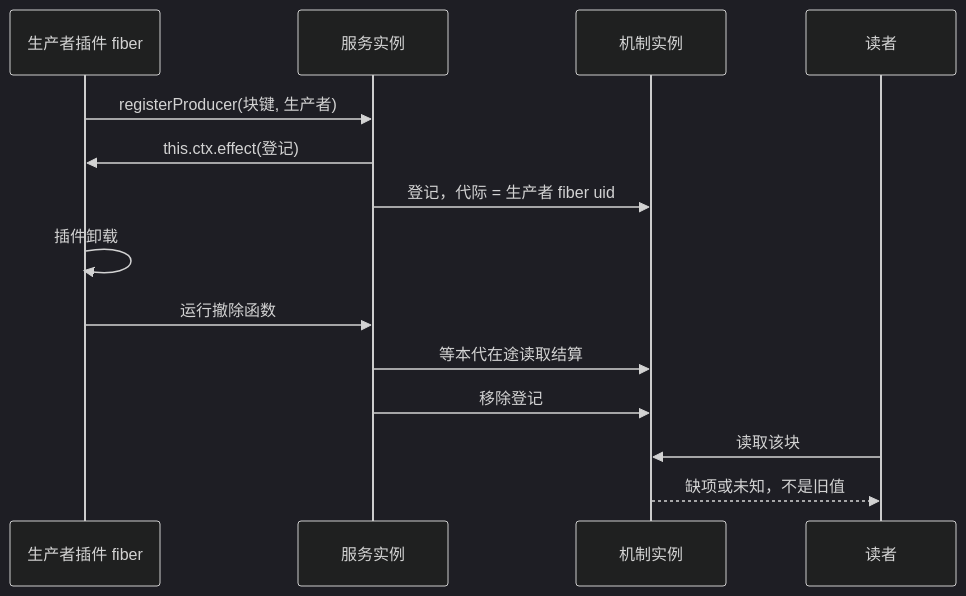
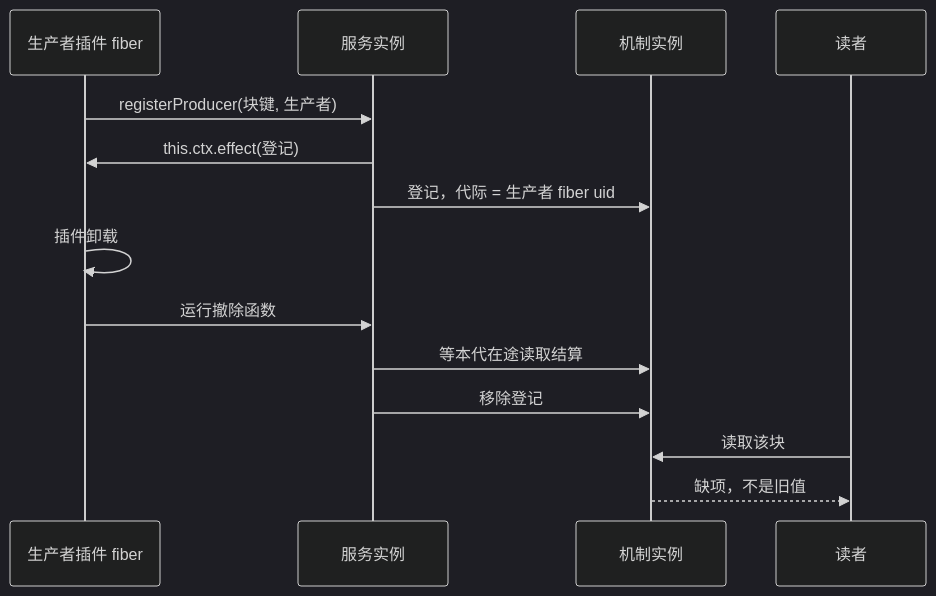
Before and after one commit to nemori-ai/omne-harness-lite: the second of 3 diagrams in packages/context/runtime-context-cordis/docs/flows.md, drawn with Mermaid (dark theme). The commit also changed other lines of this file and 70 other files, not shown here.

````diff
--- a/packages/context/runtime-context-cordis/docs/flows.md
+++ b/packages/context/runtime-context-cordis/docs/flows.md
@@ -51,16 +51,16 @@
 ```mermaid
 sequenceDiagram
   participant PF as 生产者插件 fiber
   participant S as 服务实例
   participant M as 机制实例
   participant R as 读者
   PF->>S: registerProducer(块键, 生产者)
   S->>PF: this.ctx.effect(登记)
   S->>M: 登记，代际 = 生产者 fiber uid
   PF->>PF: 插件卸载
   PF->>S: 运行撤除函数
   S->>M: 等本代在途读取结算
   S->>M: 移除登记
   R->>M: 读取该块
-  M-->>R: 缺项或未知，不是旧值
+  M-->>R: 缺项，不是旧值
 ```
````
